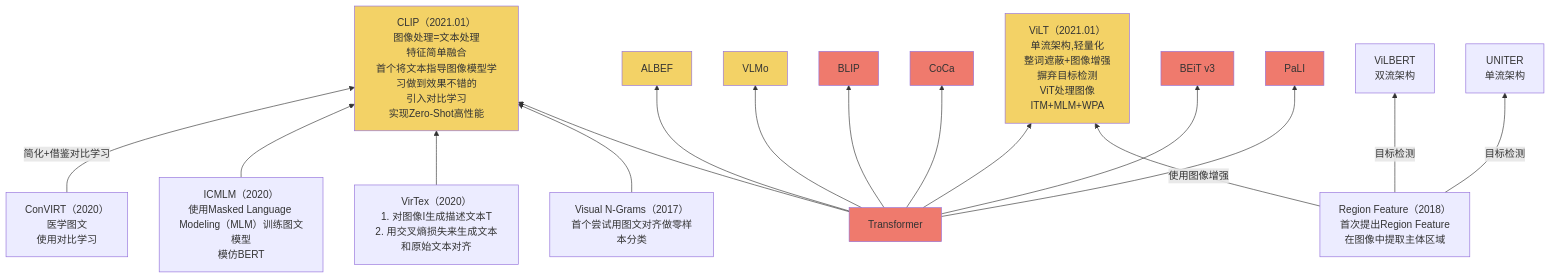
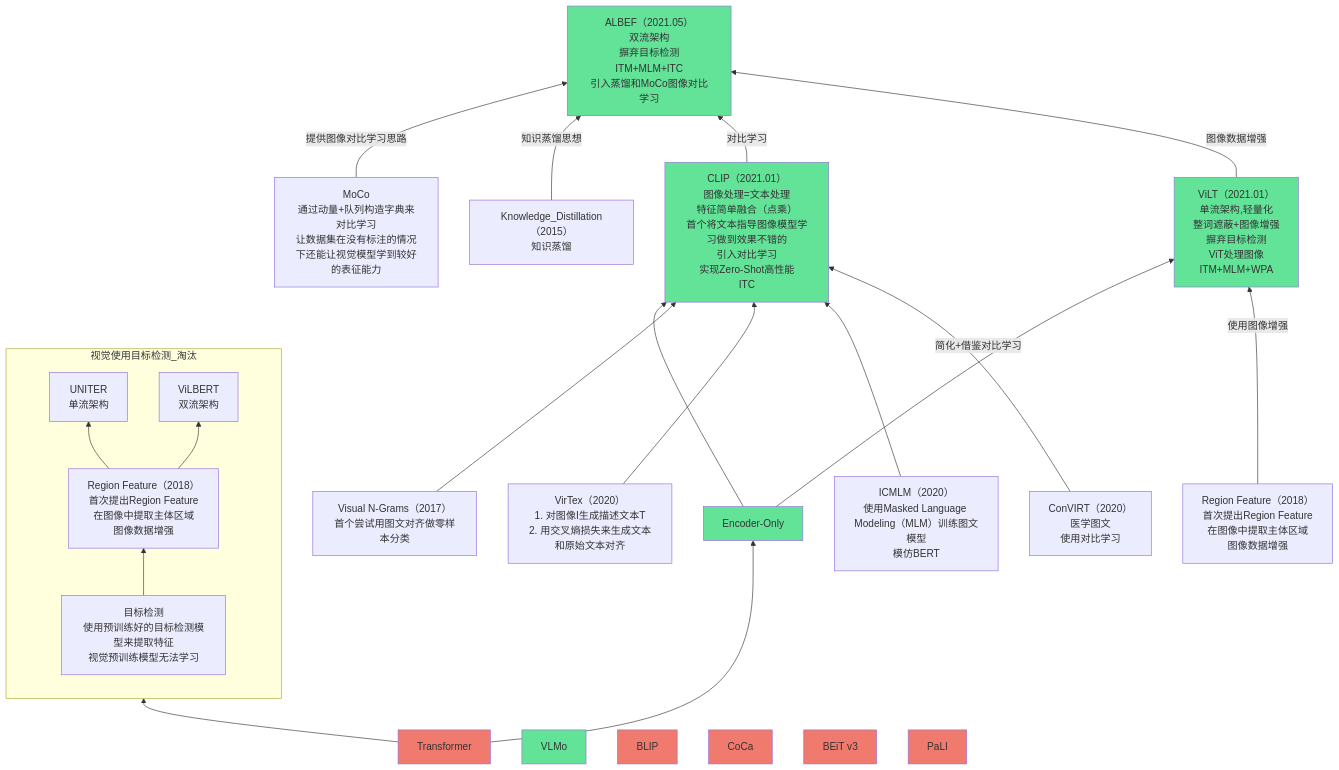
The third of 5 diagrams in Base_Model/VLM+VLLM/analyse.md (Elephant-King9/Paper), drawn with Mermaid before and after one commit. The commit also changed other lines of this file and 7 other files, not shown here.

````diff
--- a/Base_Model/VLM+VLLM/analyse.md
+++ b/Base_Model/VLM+VLLM/analyse.md
@@ -80,50 +80,60 @@
 ```mermaid
 flowchart BT
-	Transformer-->CLIP
+	Transformer-->目标检测
+	subgraph 视觉使用目标检测_淘汰
+		direction BT
+		目标检测-->Region_Feature_1
+    Region_Feature_1-->UNITER
+    Region_Feature_1-->ViLBERT
+	end
+	Transformer-->Encoder-Only
+	Encoder-Only-->CLIP
 	Visual_N-Grams-->CLIP
 	VirTex-->CLIP
 	ICMLM-->CLIP
 	ConVIRT-->|简化+借鉴对比学习|CLIP
+	Encoder-Only-->ViLT
+	Region_Feature-->|使用图像增强|ViLT
+	MoCo-->|提供图像对比学习思路|ALBEF
+	Knowledge_Distillation-->|知识蒸馏思想|ALBEF
+	CLIP-->|对比学习|ALBEF
+	ViLT-->|图像数据增强|ALBEF
 	
-	Region_Feature-->|目标检测|ViLBERT
-	Region_Feature-->|目标检测|UNITER
-	Region_Feature-->|使用图像增强|ViLT
-	Transformer-->ViLT
-	Transformer-->ALBEF
-	Transformer-->VLMo
 	
-	Transformer-->BLIP
-	Transformer-->CoCa
-	Transformer-->BEiT_v3
-	Transformer-->PaLI
 	
 	
 	
 	
 	
 	Transformer[Transformer]
 		style Transformer fill:#EF7A6D
+	目标检测[目标检测<br>使用预训练好的目标检测模型来提取特征<br>视觉预训练模型无法学习]
 	ViLT[ViLT（2021.01）<br>单流架构,轻量化<br>整词遮蔽+图像增强<br>摒弃目标检测<br>ViT处理图像<br>ITM+MLM+WPA]
-		style ViLT fill:#F3D266
-	CLIP[CLIP（2021.01）<br>图像处理=文本处理<br>特征简单融合<br>首个将文本指导图像模型学习做到效果不错的<br>引入对比学习<br>实现Zero-Shot高性能]
-		style CLIP fill:#F3D266
-	ALBEF[ALBEF]
-		style ALBEF fill:#F3D266
+		style ViLT fill:#63E398
+	CLIP[CLIP（2021.01）<br>图像处理=文本处理<br>特征简单融合（点乘）<br>首个将文本指导图像模型学习做到效果不错的<br>引入对比学习<br>实现Zero-Shot高性能<br>ITC]
+		style CLIP fill:#63E398
+	ALBEF[ALBEF（2021.05）<br>双流架构<br>摒弃目标检测<br>ITM+MLM+ITC<br>引入蒸馏和MoCo图像对比学习]
+		style ALBEF fill:#63E398
 	VLMo[VLMo]
-		style VLMo fill:#F3D266
+		style VLMo fill:#63E398
 	BLIP[BLIP]
 		style BLIP fill:#EF7A6D
 	CoCa[CoCa]
 		style CoCa fill:#EF7A6D
 	BEiT_v3[BEiT v3]
 		style BEiT_v3 fill:#EF7A6D
 	PaLI[PaLI]
 		style PaLI fill:#EF7A6D
 	VirTex[VirTex（2020）<br>1. 对图像I生成描述文本T<br>2. 用交叉熵损失来生成文本和原始文本对齐]
 	ICMLM[ICMLM（2020）<br>使用Masked Language Modeling（MLM）训练图文模型<br>模仿BERT]
 	ConVIRT[ConVIRT（2020）<br>医学图文<br>使用对比学习]
 	Visual_N-Grams[Visual N-Grams（2017）<br>首个尝试用图文对齐做零样本分类]
-	Region_Feature[Region Feature（2018）<br>首次提出Region Feature<br>在图像中提取主体区域]
+	Region_Feature[Region Feature（2018）<br>首次提出Region Feature<br>在图像中提取主体区域<br>图像数据增强]
+	Region_Feature_1[Region Feature（2018）<br>首次提出Region Feature<br>在图像中提取主体区域<br>图像数据增强]
 	UNITER[UNITER<br>单流架构]
 	ViLBERT[ViLBERT<br>双流架构]
+	MoCo[MoCo<br>通过动量+队列构造字典来对比学习<br>让数据集在没有标注的情况下还能让视觉模型学到较好的表征能力]
+	Encoder-Only[Encoder-Only]
+		style Encoder-Only fill:#63E398
+	Knowledge_Distillation[Knowledge_Distillation（2015）<br>知识蒸馏]
 ```
````
